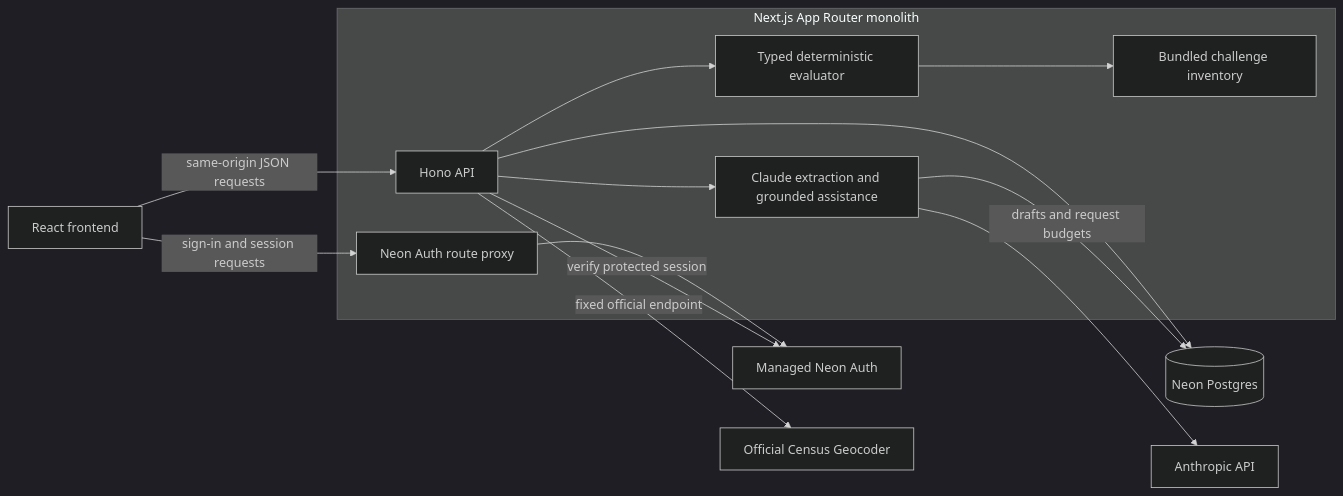
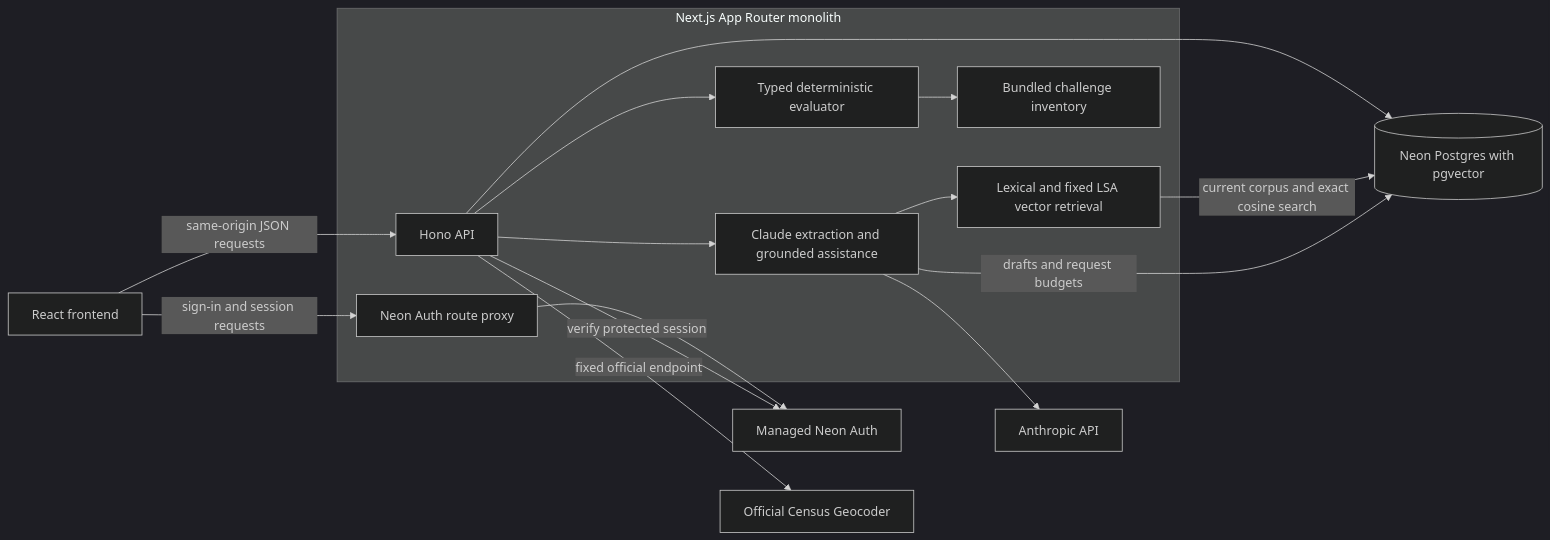
Before and after one commit to newpoluton-alt/LEXRENT: the first of 5 diagrams in docs/architecture.md, drawn with Mermaid (dark theme). The commit also changed other lines of this file and 27 other files, not shown here.

Commit message:
Add source-validated Neon vector retrieval for Claude

````diff
--- a/docs/architecture.md
+++ b/docs/architecture.md
@@ -9,26 +9,29 @@
 ```mermaid
 flowchart LR
     Browser[React frontend]
     subgraph App[Next.js App Router monolith]
         AuthProxy[Neon Auth route proxy]
         API[Hono API]
         Domain[Typed deterministic evaluator]
         AI[Claude extraction and grounded assistance]
+        Retrieval[Lexical and fixed LSA vector retrieval]
         Data[Bundled challenge inventory]
     end
     Auth[Managed Neon Auth]
-    DB[(Neon Postgres)]
+    DB[(Neon Postgres with pgvector)]
     Census[Official Census Geocoder]
     Claude[Anthropic API]
     Browser -->|same-origin JSON requests| API
     Browser -->|sign-in and session requests| AuthProxy
     AuthProxy --> Auth
     API -->|verify protected session| Auth
     API --> Domain
     Domain --> Data
     API --> DB
     API -->|fixed official endpoint| Census
     API --> AI
+    AI --> Retrieval
+    Retrieval -->|current corpus and exact cosine search| DB
     AI --> Claude
     AI -->|drafts and request budgets| DB
 ```
````
